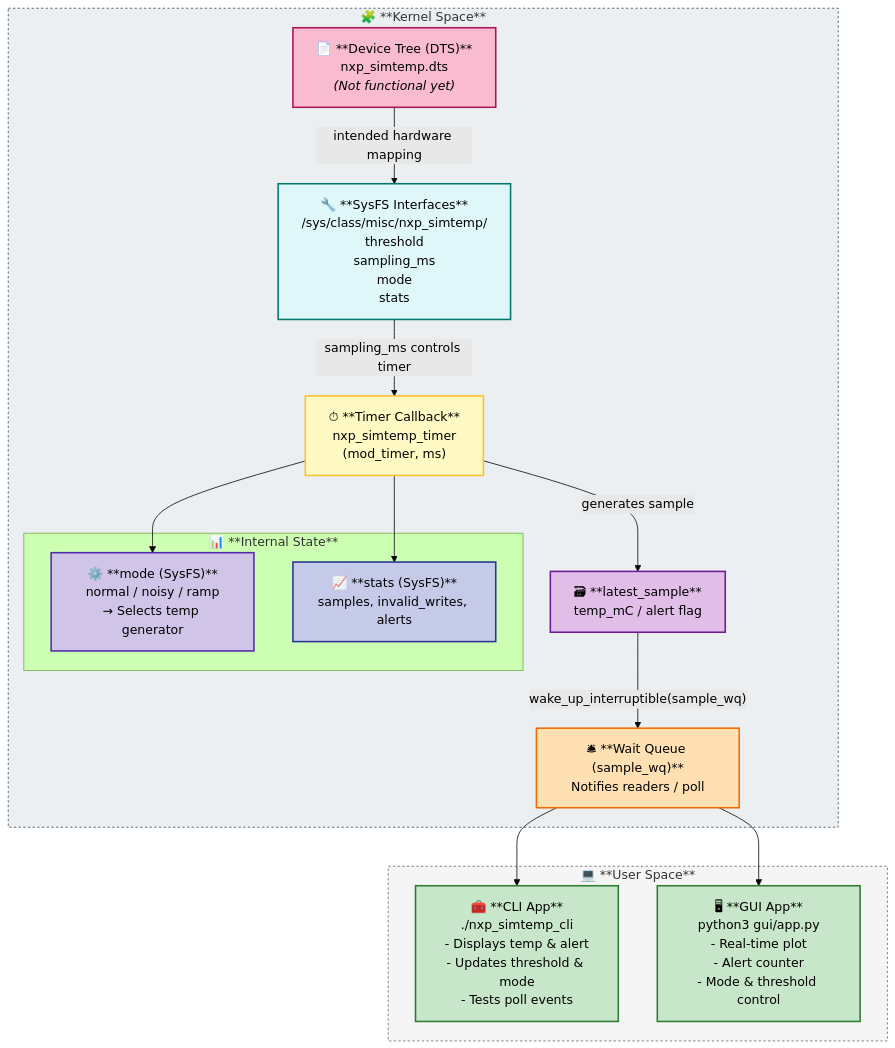
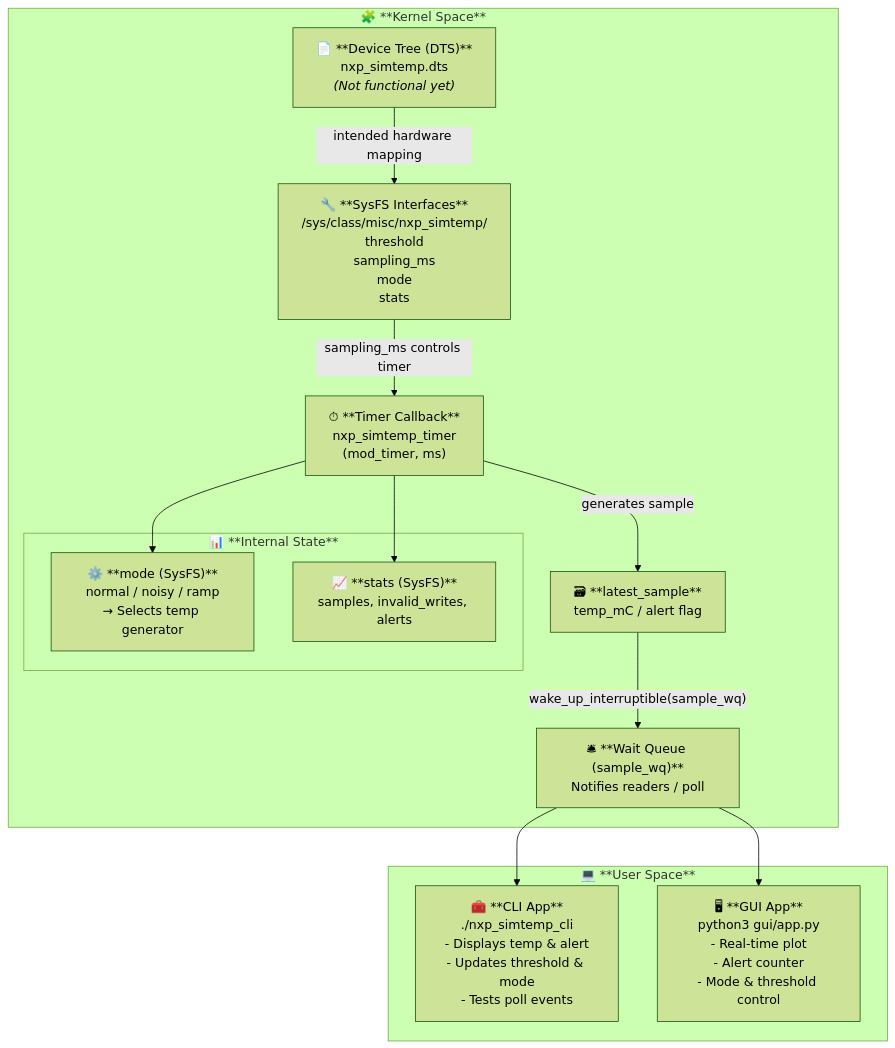
One commit to DarioGarciaPr/NXP_simtemp changed the first of 2 diagrams in docs/DESIGN.md. Above: the diagram before and after it, drawn with Mermaid (forest theme).

````diff
--- a/docs/DESIGN.md
+++ b/docs/DESIGN.md
@@ -7,47 +7,36 @@
 ```mermaid
 flowchart TD
     subgraph Kernel_Space["🧩 **Kernel Space**"]
         F["📄 **Device Tree (DTS)**<br>nxp_simtemp.dts<br><i>(Not functional yet)</i>"] 
             -->|intended hardware mapping| A["🔧 **SysFS Interfaces**<br>/sys/class/misc/nxp_simtemp/<br>threshold<br>sampling_ms<br>mode<br>stats"]
 
         A -->|sampling_ms controls timer| B["⏱ **Timer Callback**<br>nxp_simtemp_timer<br>(mod_timer, ms)"]
         B -->|generates sample| C["🗃 **latest_sample**<br>temp_mC / alert flag"]
         C -->|"wake_up_interruptible(sample_wq)"| D["🛎 **Wait Queue (sample_wq)**<br>Notifies readers / poll"]
 
         subgraph Extra_Features["📊 **Internal State**"]
             M["⚙️ **mode (SysFS)**<br>normal / noisy / ramp<br>→ Selects temp generator"]
             S["📈 **stats (SysFS)**<br>samples, invalid_writes, alerts"]
         end
 
         B --> M
         B --> S
     end
 
     subgraph User_Space["💻 **User Space**"]
         D --> E1["🧰 **CLI App**<br>./nxp_simtemp_cli<br>- Displays temp & alert<br>- Updates threshold & mode<br>- Tests poll events"]
         D --> E2["🖥 **GUI App**<br>python3 gui/app.py<br>- Real-time plot<br>- Alert counter<br>- Mode & threshold control"]
     end
 
-    classDef dts fill:#f8bbd0,stroke:#ad1457,stroke-width:2px;
-    classDef sysfs fill:#e0f7fa,stroke:#00796b,stroke-width:2px;
-    classDef timer fill:#fff9c4,stroke:#fbc02d,stroke-width:2px;
-    classDef sample fill:#e1bee7,stroke:#6a1b9a,stroke-width:2px;
-    classDef queue fill:#ffe0b2,stroke:#ef6c00,stroke-width:2px;
-    classDef mode fill:#d1c4e9,stroke:#512da8,stroke-width:2px;
-    classDef stats fill:#c5cae9,stroke:#283593,stroke-width:2px;
-    classDef app fill:#c8e6c9,stroke:#2e7d32,stroke-width:2px;
-    classDef kernelSpace fill:#eceff1,stroke:#37474f,stroke-width:1px,stroke-dasharray:3;
-    classDef userSpace fill:#f5f5f5,stroke:#616161,stroke-width:1px,stroke-dasharray:3;
-
     class F dts;
     class A sysfs;
     class B timer;
     class C sample;
     class D queue;
     class M mode;
     class S stats;
     class E1,E2 app;
     class Kernel_Space kernelSpace;
     class User_Space userSpace;
 
 ```
````
